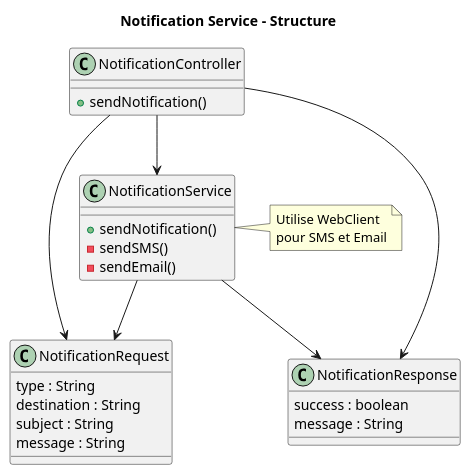
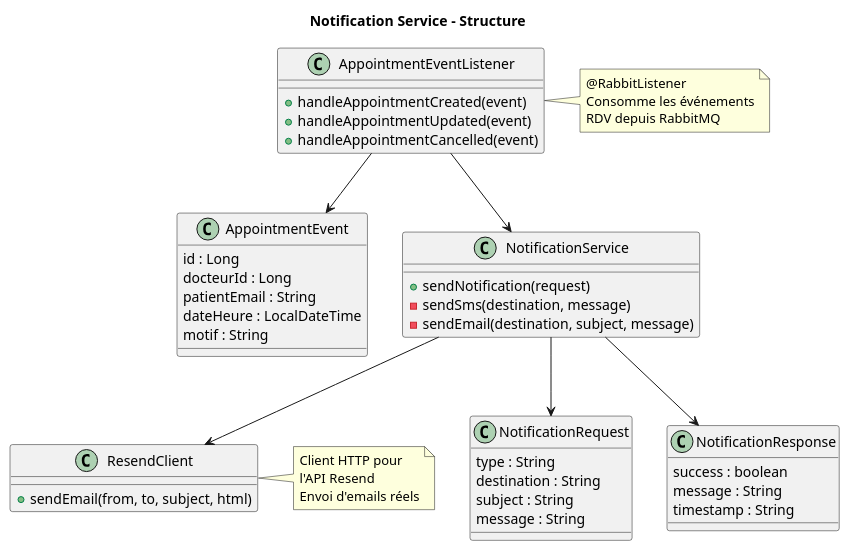
One commit to sohaibmokhliss/microservices-medical-appointment changed the diagram in diagrams/7-classes-notification-service.puml. Above: the diagram before and after it, drawn with PlantUML. The commit also changed 89 other files, not shown here.

Commit message:
Complete microservices implementation with JWT auth, API Gateway, RabbitMQ notifications, and PostgreSQL

```diff
--- a/diagrams/7-classes-notification-service.puml
+++ b/diagrams/7-classes-notification-service.puml
@@ -1,39 +1,61 @@
 @startuml Classes Notification Service
 
 skinparam backgroundColor white
 title Notification Service - Structure
 
 class NotificationRequest {
     type : String
     destination : String
     subject : String
     message : String
 }
 
 class NotificationResponse {
     success : boolean
     message : String
+    timestamp : String
 }
 
-class NotificationController {
-    + sendNotification()
+class AppointmentEvent {
+    id : Long
+    docteurId : Long
+    patientEmail : String
+    dateHeure : LocalDateTime
+    motif : String
+}
+
+class AppointmentEventListener {
+    + handleAppointmentCreated(event)
+    + handleAppointmentUpdated(event)
+    + handleAppointmentCancelled(event)
 }
 
 class NotificationService {
-    + sendNotification()
-    - sendSMS()
-    - sendEmail()
+    + sendNotification(request)
+    - sendSms(destination, message)
+    - sendEmail(destination, subject, message)
 }
 
-NotificationController --> NotificationService
-NotificationController --> NotificationRequest
-NotificationController --> NotificationResponse
+class ResendClient {
+    + sendEmail(from, to, subject, html)
+}
+
+AppointmentEventListener --> AppointmentEvent
+AppointmentEventListener --> NotificationService
 NotificationService --> NotificationRequest
 NotificationService --> NotificationResponse
+NotificationService --> ResendClient
 
-note right of NotificationService
-  Utilise WebClient
-  pour SMS et Email
+note right of AppointmentEventListener
+  @RabbitListener
+  Consomme les événements
+  RDV depuis RabbitMQ
+end note
+
+note right of ResendClient
+  Client HTTP pour
+  l'API Resend
+  Envoi d'emails réels
 end note
 
 @enduml
```
